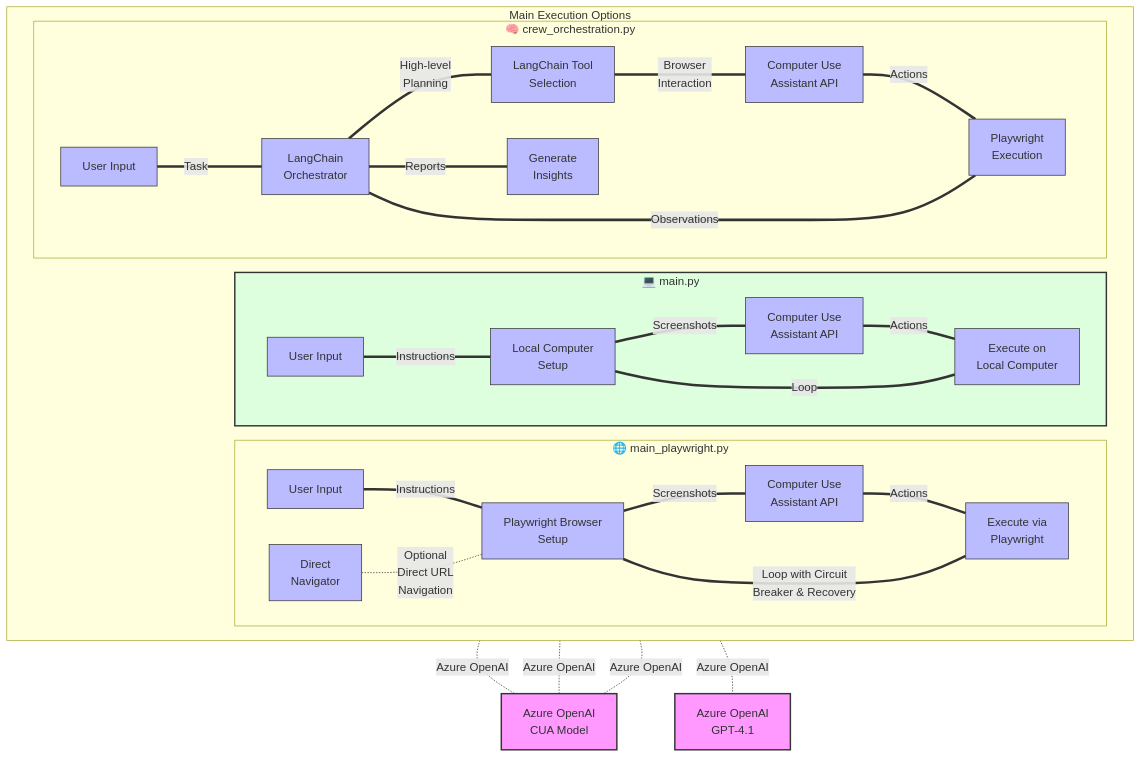
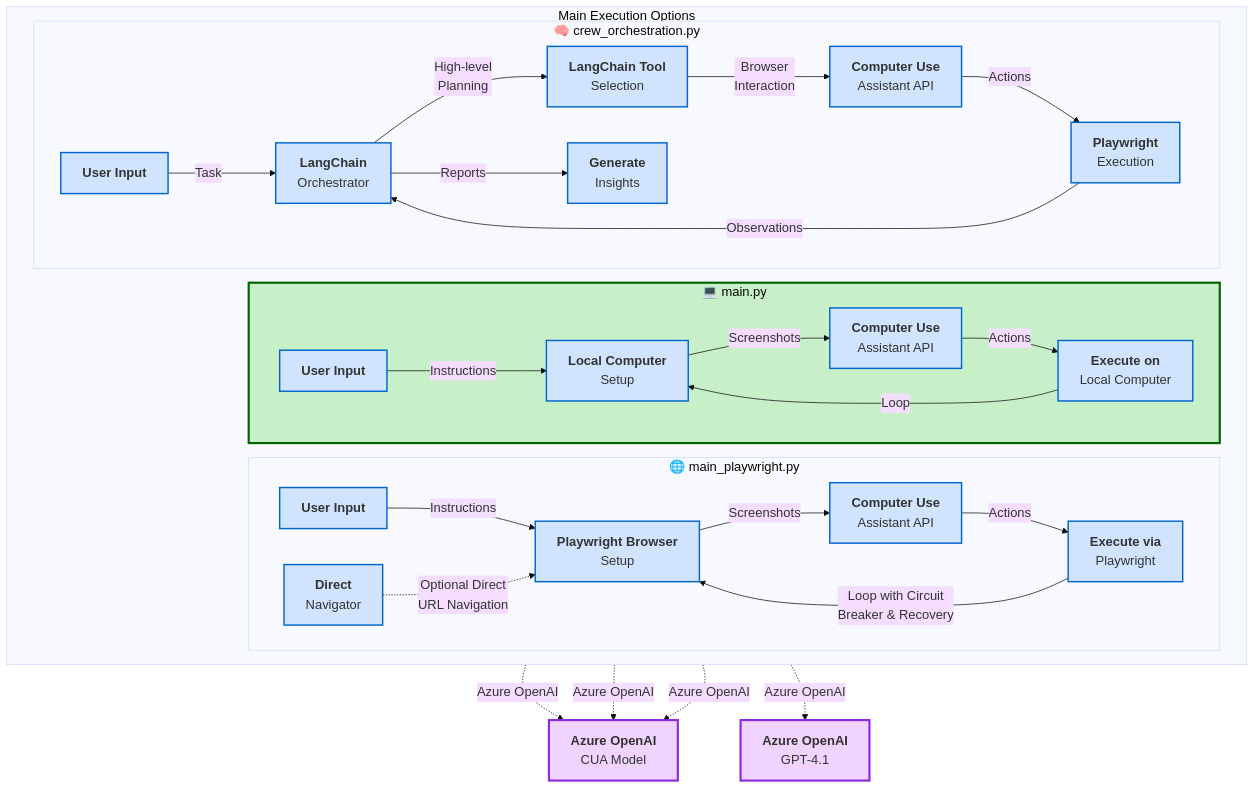
The diagram in README.md (shyamsridhar123/MultiAgent-CUA), drawn with Mermaid before and after one commit. The commit also changed 1 other file, not shown here.

Commit message:
Updated Mermaid diagram to include the new architecture

````diff
--- a/README.md
+++ b/README.md
@@ -675,43 +675,44 @@
 ```mermaid
+%%{init: {'theme': 'base', 'themeVariables': {'fontSize': '18px', 'fontFamily': 'Arial, sans-serif'}}}%%
 flowchart TD
     subgraph "Main Execution Options"
         direction LR
         
         subgraph main.py["💻 main.py"]
-            m1[User Input] ===|Instructions| m2[Local Computer\nSetup]
-            m2 ===|Screenshots| m3[Computer Use\nAssistant API]
-            m3 ===|Actions| m4[Execute on\nLocal Computer]
-            m4 ===|Loop| m2
+            m1["<b>User Input</b>"] -->|Instructions| m2["<b>Local Computer</b><br>Setup"]
+            m2 -->|Screenshots| m3["<b>Computer Use</b><br>Assistant API"]
+            m3 -->|Actions| m4["<b>Execute on</b><br>Local Computer"]
+            m4 -->|Loop| m2
         end
         
         subgraph main_playwright["🌐 main_playwright.py"]
-            p1[User Input] ===|Instructions| p2[Playwright Browser\nSetup]
-            p2 ===|Screenshots| p3[Computer Use\nAssistant API]
-            p3 ===|Actions| p4[Execute via\nPlaywright]
-            p4 ===|Loop with Circuit\nBreaker & Recovery| p2
-            p5[Direct\nNavigator] -.-|Optional\nDirect URL\nNavigation| p2
+            p1["<b>User Input</b>"] -->|Instructions| p2["<b>Playwright Browser</b><br>Setup"]
+            p2 -->|Screenshots| p3["<b>Computer Use</b><br>Assistant API"]
+            p3 -->|Actions| p4["<b>Execute via</b><br>Playwright"]
+            p4 -->|Loop with Circuit<br>Breaker & Recovery| p2
+            p5["<b>Direct</b><br>Navigator"] -.->|Optional Direct<br>URL Navigation| p2
         end
         
         subgraph crew_orchestration["🧠 crew_orchestration.py"]
-            c1[User Input] ===|Task| c2[LangChain\nOrchestrator]
-            c2 ===|High-level\nPlanning| c3[LangChain Tool\nSelection]
-            c3 ===|Browser\nInteraction| c4[Computer Use\nAssistant API]
-            c4 ===|Actions| c5[Playwright\nExecution]
-            c5 ===|Observations| c2
-            c2 ===|Reports| c6[Generate\nInsights]
+            c1["<b>User Input</b>"] -->|Task| c2["<b>LangChain</b><br>Orchestrator"]
+            c2 -->|High-level<br>Planning| c3["<b>LangChain Tool</b><br>Selection"]
+            c3 -->|Browser<br>Interaction| c4["<b>Computer Use</b><br>Assistant API"]
+            c4 -->|Actions| c5["<b>Playwright</b><br>Execution"]
+            c5 -->|Observations| c2
+            c2 -->|Reports| c6["<b>Generate</b><br>Insights"]
         end
     end
     
-    m3 -.-|Azure OpenAI| API1[Azure OpenAI\nCUA Model]
-    p3 -.-|Azure OpenAI| API1
-    c4 -.-|Azure OpenAI| API1
-    c2 -.-|Azure OpenAI| API2[Azure OpenAI\nGPT-4.1]
+    m3 -.->|Azure OpenAI| API1["<b>Azure OpenAI</b><br>CUA Model"]
+    p3 -.->|Azure OpenAI| API1
+    c4 -.->|Azure OpenAI| API1
+    c2 -.->|Azure OpenAI| API2["<b>Azure OpenAI</b><br>GPT-4.1"]
     
-    classDef api fill:#f9f,stroke:#333,stroke-width:2px
-    classDef component fill:#bbf,stroke:#333,stroke-width:1px
-    classDef execution fill:#dfd,stroke:#333,stroke-width:2px
+    classDef api fill:#f0d4ff,stroke:#8A2BE2,stroke-width:3px
+    classDef component fill:#d0e4ff,stroke:#0066CC,stroke-width:2px
+    classDef execution fill:#c8f0c8,stroke:#006400,stroke-width:3px
     
     class API1,API2 api
     class m1,m2,m3,m4,p1,p2,p3,p4,p5,c1,c2,c3,c4,c5,c6 component
     class main.py,main_playwright.py,crew_orchestration.py execution
 ```
````
